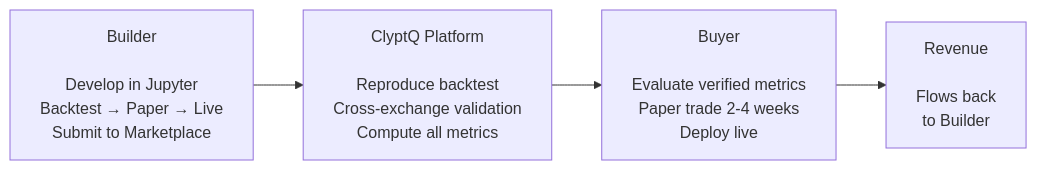
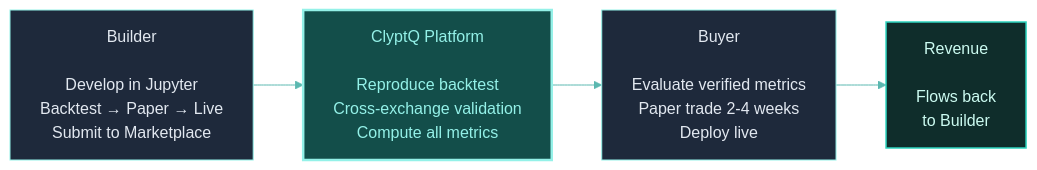
Before and after one commit to Clypt/docs: the first of 2 diagrams in platform/ecosystem-overview.mdx, drawn with Mermaid. The commit also changed other lines of this file and 73 other files, not shown here.

````diff
--- a/platform/ecosystem-overview.mdx
+++ b/platform/ecosystem-overview.mdx
@@ -18,9 +18,14 @@
 ```mermaid
+%%{init: {'theme': 'base', 'themeVariables': { 'primaryColor': '#1e293b', 'primaryTextColor': '#e2e8f0', 'primaryBorderColor': '#94F1E8', 'lineColor': '#5bb8b0', 'clusterBkg': '#0f172a', 'clusterBorder': '#1e3a3a', 'titleColor': '#94F1E8', 'edgeLabelBackground': 'transparent' }}}%%
 flowchart LR
+    classDef highlight fill:#134e4a,stroke:#94F1E8,stroke-width:2.5px,color:#94F1E8
+    classDef success fill:#0f2d2b,stroke:#2dd4bf,stroke-width:1.5px,color:#ccfbf1
     Builder["Builder<br><br>Develop in Jupyter<br>Backtest → Paper → Live<br>Submit to Marketplace"]
     Platform["ClyptQ Platform<br><br>Reproduce backtest<br>Cross-exchange validation<br>Compute all metrics"]
     Buyer["Buyer<br><br>Evaluate verified metrics<br>Paper trade 2-4 weeks<br>Deploy live"]
     Revenue["Revenue<br><br>Flows back<br>to Builder"]
 
     Builder --> Platform --> Buyer --> Revenue
+    class Platform highlight
+    class Revenue success
 ```
````
